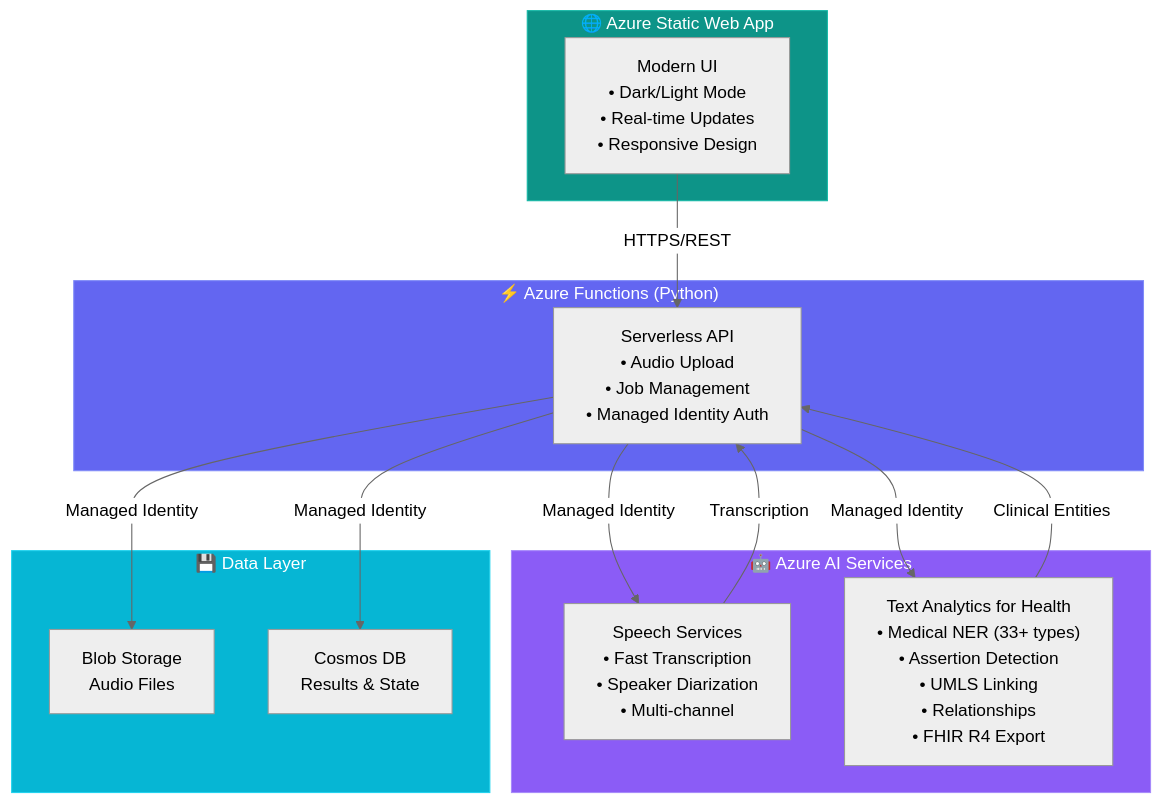
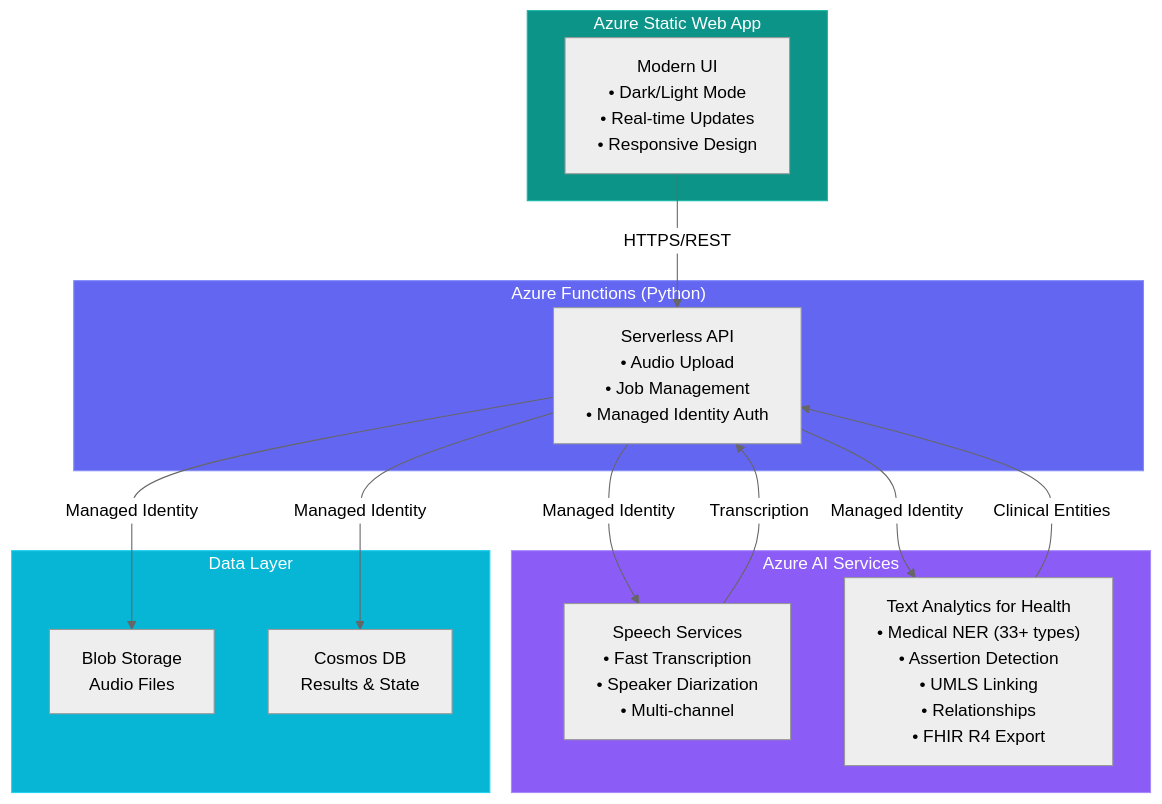
Before and after one commit to samueltauil/transcription-services-demo: the diagram in README.md, drawn with Mermaid (neutral theme). The commit also changed other lines of this file and 3 other files, not shown here.

````diff
--- a/README.md
+++ b/README.md
@@ -109,33 +109,33 @@
 ```mermaid
 graph TB
-    subgraph Frontend["🌐 Azure Static Web App"]
+    subgraph Frontend["Azure Static Web App"]
         UI["Modern UI<br/>• Dark/Light Mode<br/>• Real-time Updates<br/>• Responsive Design"]
     end
 
-    subgraph Backend["⚡ Azure Functions (Python)"]
+    subgraph Backend["Azure Functions (Python)"]
         API["Serverless API<br/>• Audio Upload<br/>• Job Management<br/>• Managed Identity Auth"]
     end
 
-    subgraph AI["🤖 Azure AI Services"]
+    subgraph AI["Azure AI Services"]
         Speech["Speech Services<br/>• Fast Transcription<br/>• Speaker Diarization<br/>• Multi-channel"]
         TAH["Text Analytics for Health<br/>• Medical NER (33+ types)<br/>• Assertion Detection<br/>• UMLS Linking<br/>• Relationships<br/>• FHIR R4 Export"]
     end
 
-    subgraph Storage["💾 Data Layer"]
+    subgraph Storage["Data Layer"]
         Blob["Blob Storage<br/>Audio Files"]
         Cosmos["Cosmos DB<br/>Results & State"]
     end
 
     UI -->|HTTPS/REST| API
     API -->|Managed Identity| Speech
     API -->|Managed Identity| TAH
     API -->|Managed Identity| Blob
     API -->|Managed Identity| Cosmos
     Speech -->|Transcription| API
     TAH -->|Clinical Entities| API
 
     style Frontend fill:#0d9488,stroke:#14b8a6,color:#fff
     style Backend fill:#6366f1,stroke:#818cf8,color:#fff
     style AI fill:#8b5cf6,stroke:#a78bfa,color:#fff
     style Storage fill:#06b6d4,stroke:#22d3ee,color:#fff
 ```
````
